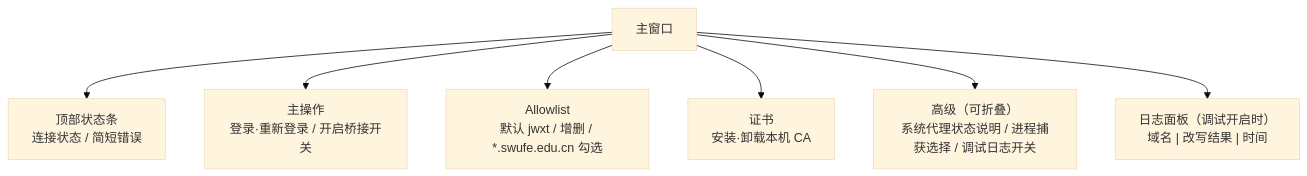
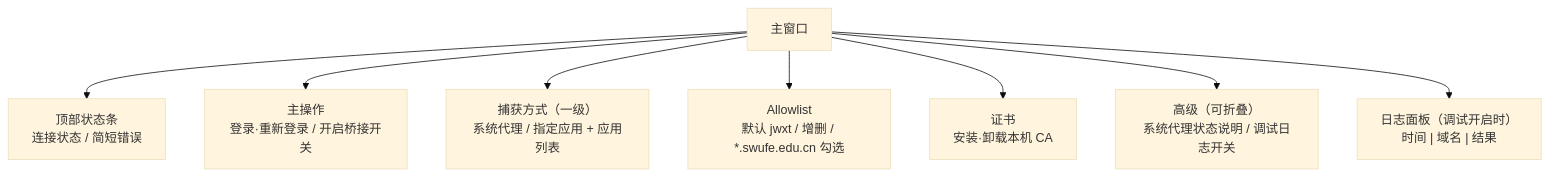
Before and after one commit to cherrchen/swufe-webvpn-codec: the diagram in docs/ui-ux/main-window.md, drawn with Mermaid (base theme). The commit also changed other lines of this file and 34 other files, not shown here.

````diff
--- a/docs/ui-ux/main-window.md
+++ b/docs/ui-ux/main-window.md
@@ -15,9 +15,10 @@
 ```mermaid
 flowchart TD
     W["主窗口"] --> S["顶部状态条<br/>连接状态 / 简短错误"]
     W --> M["主操作<br/>登录·重新登录 / 开启桥接开关"]
+    W --> CM["捕获方式（一级）<br/>系统代理 / 指定应用 + 应用列表"]
     W --> A["Allowlist<br/>默认 jwxt / 增删 / *.swufe.edu.cn 勾选"]
     W --> C["证书<br/>安装·卸载本机 CA"]
-    W --> D["高级（可折叠）<br/>系统代理状态说明 / 进程捕获选择 / 调试日志开关"]
-    W --> L["日志面板（调试开启时）<br/>域名 | 改写结果 | 时间"]
+    W --> D["高级（可折叠）<br/>系统代理状态说明 / 调试日志开关"]
+    W --> L["日志面板（调试开启时）<br/>时间 | 域名 | 结果"]
 ```
````
